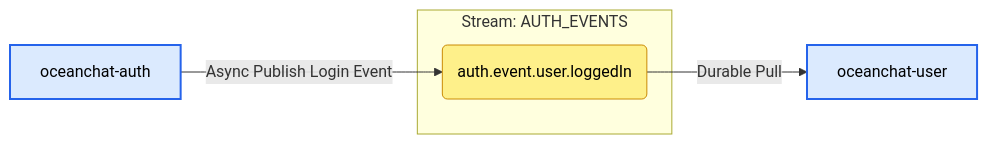
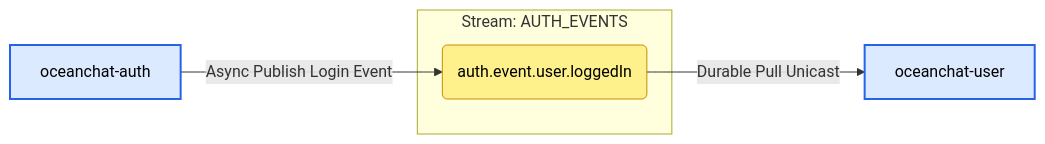
The fifth of 12 diagrams in docs/devdocs/jetstream-strategy.md (JamesWilson19970101/ocean.chat.docs), drawn with Mermaid before and after one commit. The commit also changed other lines of this file and 5 other files, not shown here.

First line of the commit message:
docs(architecture): update JetStream strategy, microservices and ADRs

````diff
--- a/docs/devdocs/jetstream-strategy.md
+++ b/docs/devdocs/jetstream-strategy.md
@@ -245,15 +234,15 @@
 ```mermaid
 flowchart LR
   classDef service fill:#dbeafe,stroke:#2563eb,stroke-width:2px,color:#000;
   classDef subject fill:#fef08a,stroke:#ca8a04,stroke-width:1px,color:#000;
 
   P[oceanchat-auth]:::service
   C[oceanchat-user]:::service
 
   subgraph Stream: AUTH_EVENTS
     SUB(auth.event.user.loggedIn):::subject
   end
 
   P -- Async Publish Login Event --> SUB
-  SUB -- Durable Pull --> C
+  SUB -- Durable Pull Unicast --> C
 ```
````
